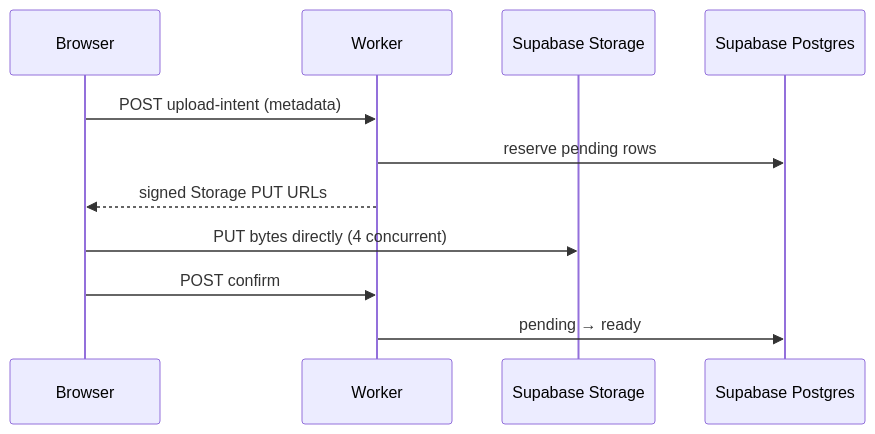
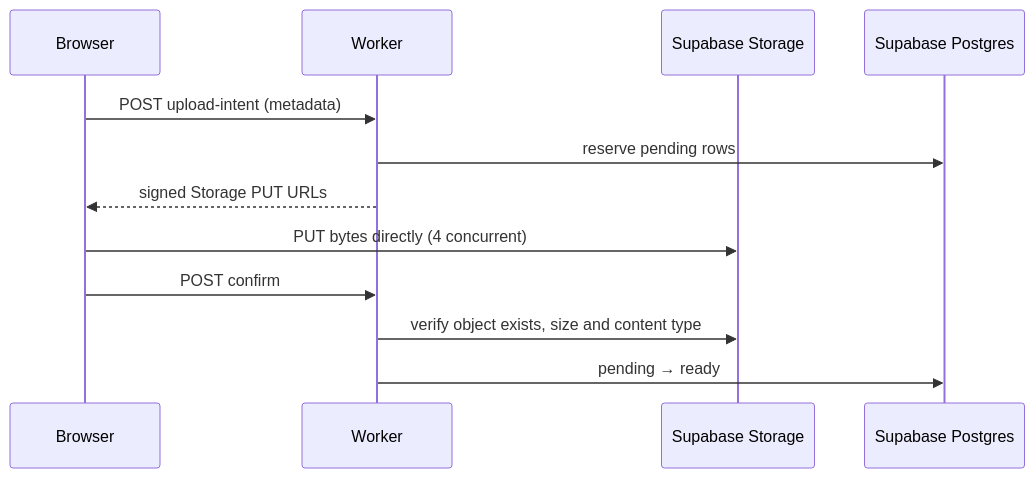
Before and after one commit to shivanshu11092003/trizen: the second of 3 diagrams in docs/architecture.md, drawn with Mermaid. The commit also changed other lines of this file and 50 other files, not shown here.

````diff
--- a/docs/architecture.md
+++ b/docs/architecture.md
@@ -19,13 +18,14 @@
 ```mermaid
 sequenceDiagram
   participant B as Browser
   participant W as Worker
   participant R as Supabase Storage
   participant D as Supabase Postgres
   B->>W: POST upload-intent (metadata)
   W->>D: reserve pending rows
   W-->>B: signed Storage PUT URLs
   B->>R: PUT bytes directly (4 concurrent)
   B->>W: POST confirm
+  W->>R: verify object exists, size and content type
   W->>D: pending → ready
 ```
````
